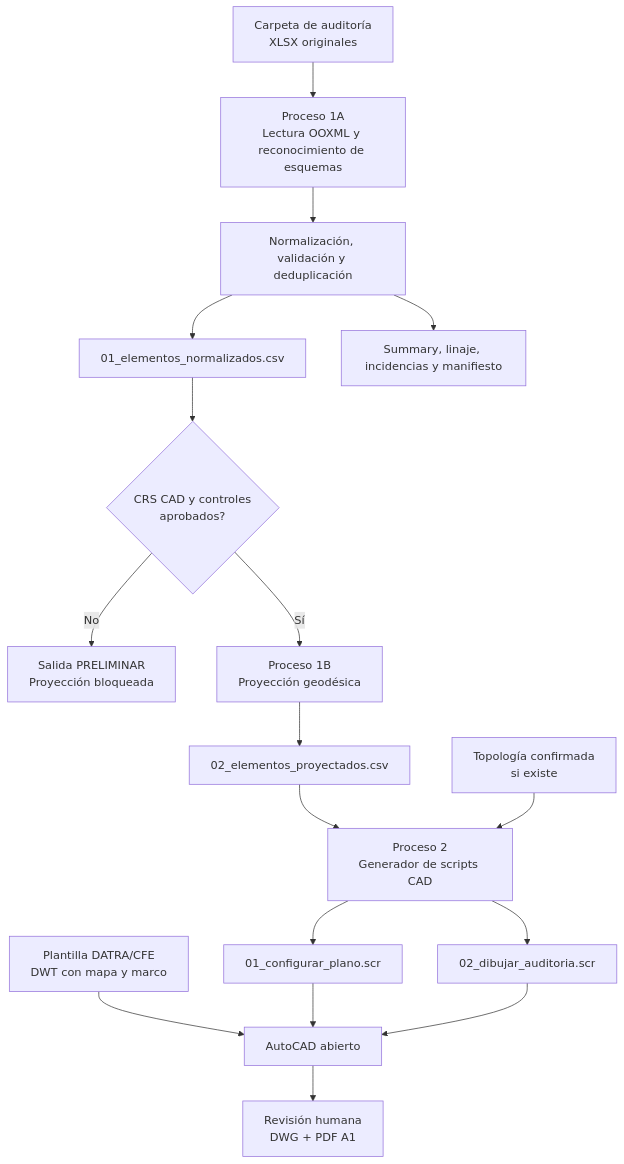
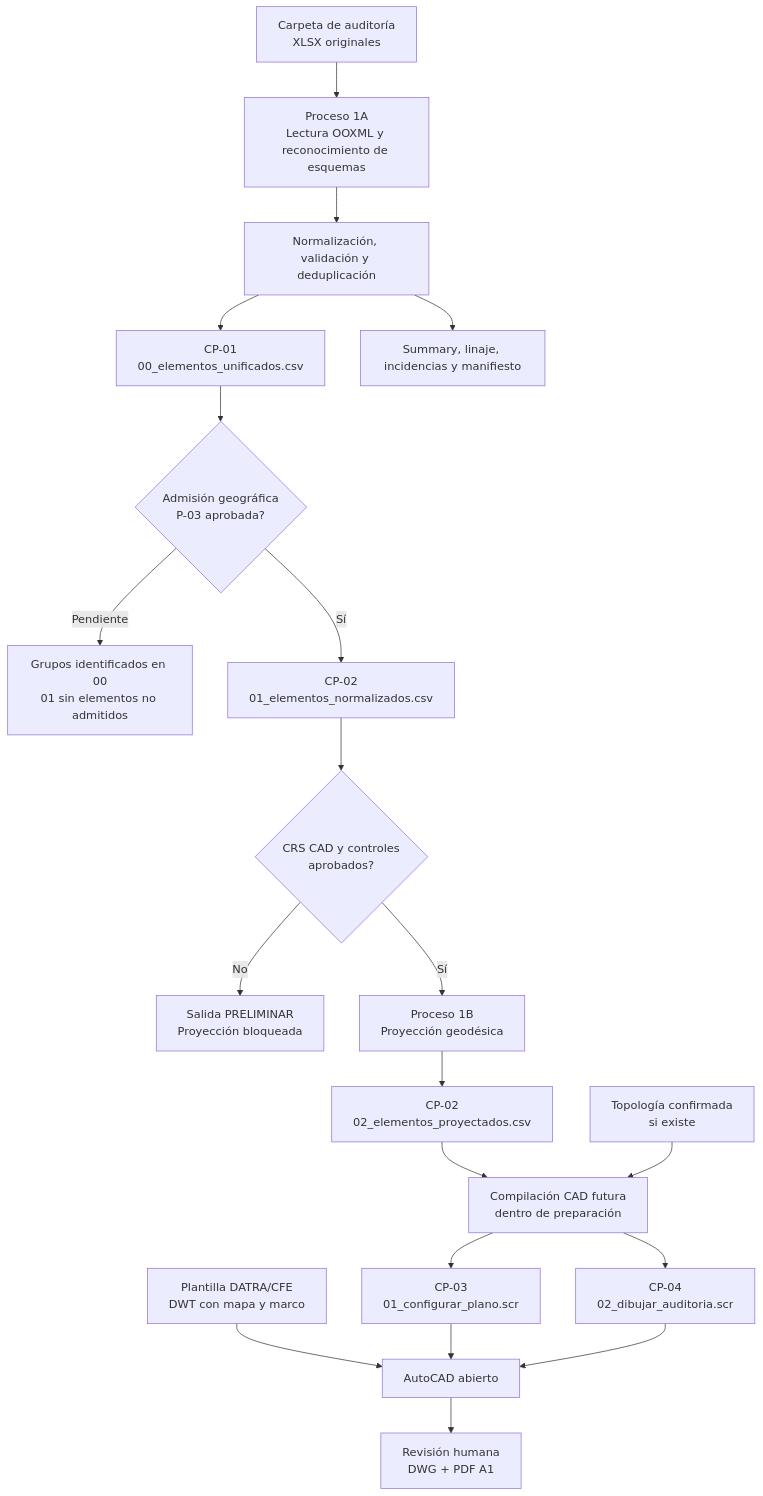
The diagram in README.md (CarlosAM03/pipeline-autocad-auditoria-cfe), drawn with Mermaid before and after one commit. The commit also changed other lines of this file and 4 other files, not shown here.

````diff
--- a/README.md
+++ b/README.md
@@ -33,19 +33,22 @@
 ```mermaid
 flowchart TD
     A[Carpeta de auditoría<br/>XLSX originales] --> B[Proceso 1A<br/>Lectura OOXML y reconocimiento de esquemas]
     B --> C[Normalización, validación y deduplicación]
-    C --> D[01_elementos_normalizados.csv]
+    C --> U[CP-01<br/>00_elementos_unificados.csv]
+    U --> Q{Admisión geográfica<br/>P-03 aprobada?}
+    Q -->|Pendiente| R[Grupos identificados en 00<br/>01 sin elementos no admitidos]
+    Q -->|Sí| D[CP-02<br/>01_elementos_normalizados.csv]
     C --> E[Summary, linaje, incidencias y manifiesto]
     D --> F{CRS CAD y controles<br/>aprobados?}
     F -->|No| G[Salida PRELIMINAR<br/>Proyección bloqueada]
     F -->|Sí| H[Proceso 1B<br/>Proyección geodésica]
-    H --> I[02_elementos_proyectados.csv]
-    I --> J[Proceso 2<br/>Generador de scripts CAD]
+    H --> I[CP-02<br/>02_elementos_proyectados.csv]
+    I --> J[Compilación CAD futura<br/>dentro de preparación]
     K[Topología confirmada<br/>si existe] --> J
     L[Plantilla DATRA/CFE<br/>DWT con mapa y marco] --> M[AutoCAD abierto]
-    J --> N[01_configurar_plano.scr]
-    J --> O[02_dibujar_auditoria.scr]
+    J --> N[CP-03<br/>01_configurar_plano.scr]
+    J --> O[CP-04<br/>02_dibujar_auditoria.scr]
     N --> M
     O --> M
     M --> P[Revisión humana<br/>DWG + PDF A1]
 ```
````
